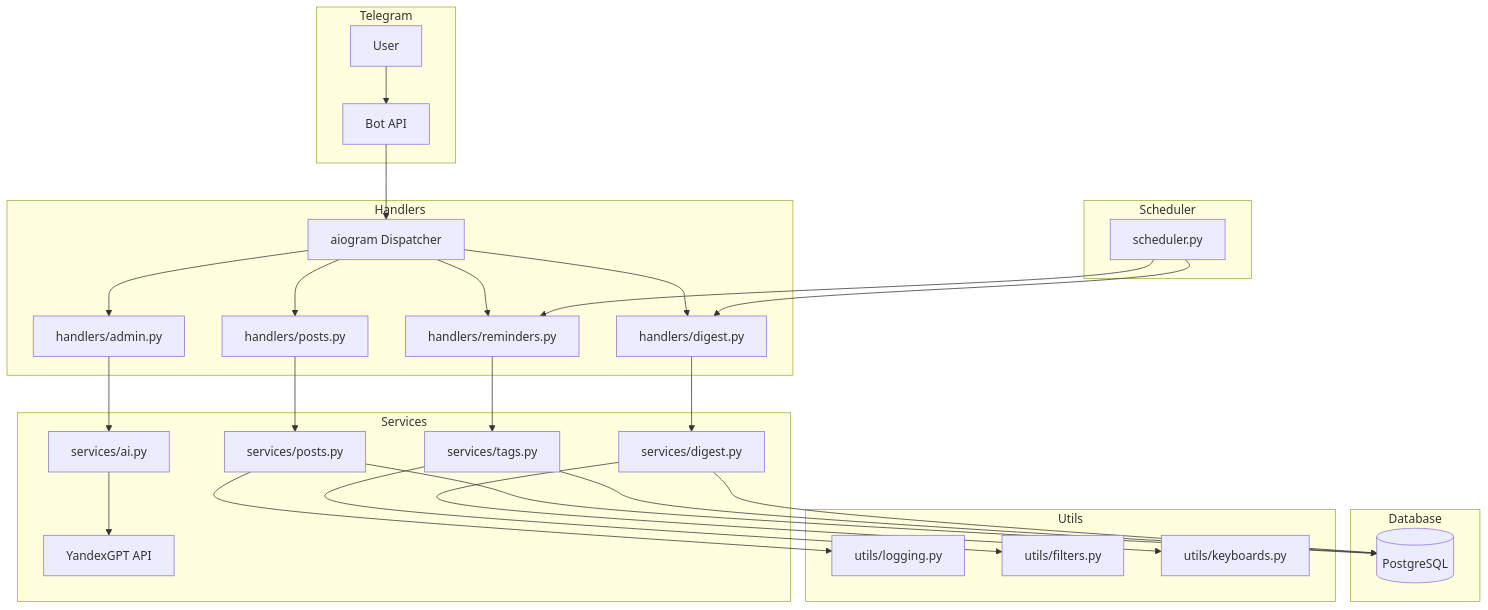
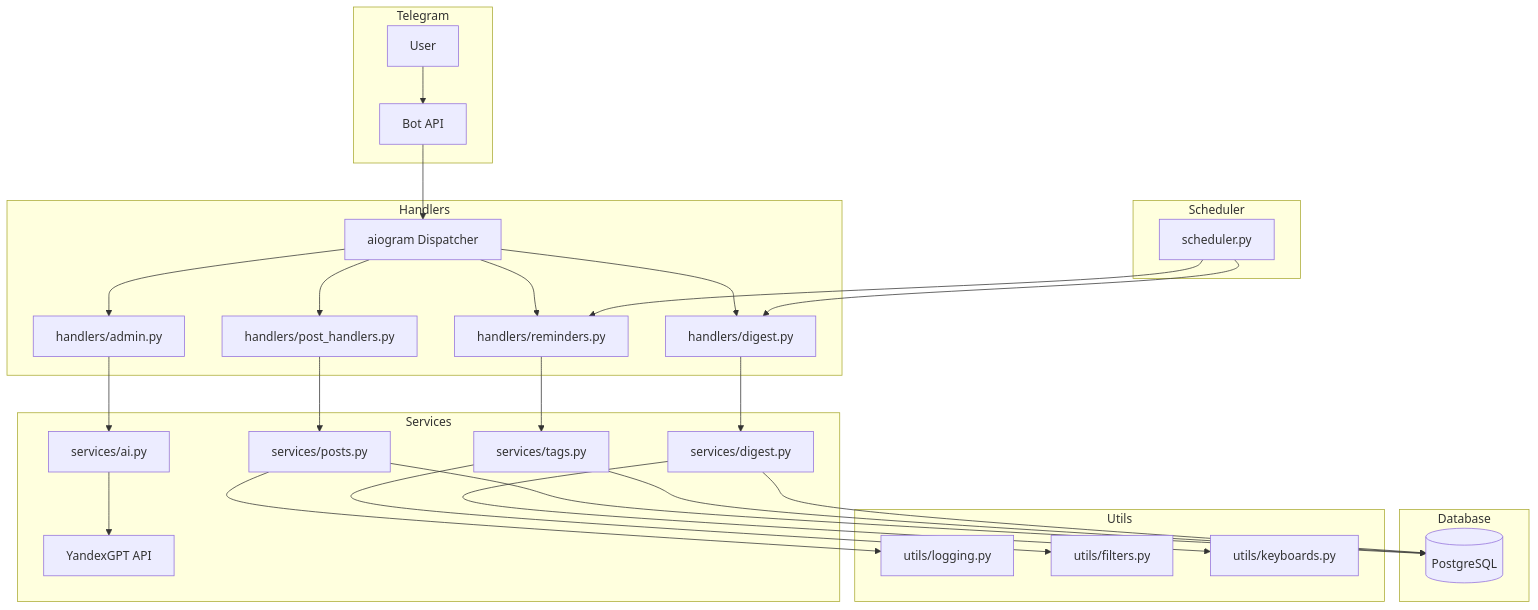
Before and after one commit to ncux-ad/CtrlBot: the diagram in docs/architecture_mermaid.md, drawn with Mermaid. The commit also changed 28 other files, not shown here.

````diff
--- a/docs/architecture_mermaid.md
+++ b/docs/architecture_mermaid.md
@@ -3,40 +3,40 @@
 ```mermaid
 flowchart TD
     subgraph Telegram
         A[User] --> B[Bot API]
     end
 
     B --> C[aiogram Dispatcher]
 
     subgraph Handlers
-        C --> H1[handlers/posts.py]
+        C --> H1[handlers/post_handlers.py]
         C --> H2[handlers/reminders.py]
         C --> H3[handlers/digest.py]
         C --> H4[handlers/admin.py]
     end
 
     subgraph Services
         H1 --> S1[services/posts.py]
         H2 --> S2[services/tags.py]
         H3 --> S3[services/digest.py]
         H4 --> S4[services/ai.py]
         S4 --> API[YandexGPT API]
     end
 
     subgraph Database
         S1 --> DB[(PostgreSQL)]
         S2 --> DB
         S3 --> DB
     end
 
     subgraph Utils
         S1 --> U1[utils/logging.py]
         S2 --> U2[utils/filters.py]
         S3 --> U3[utils/keyboards.py]
     end
 
     subgraph Scheduler
         SCH[scheduler.py] --> H2
         SCH --> H3
     end
 ```
````
